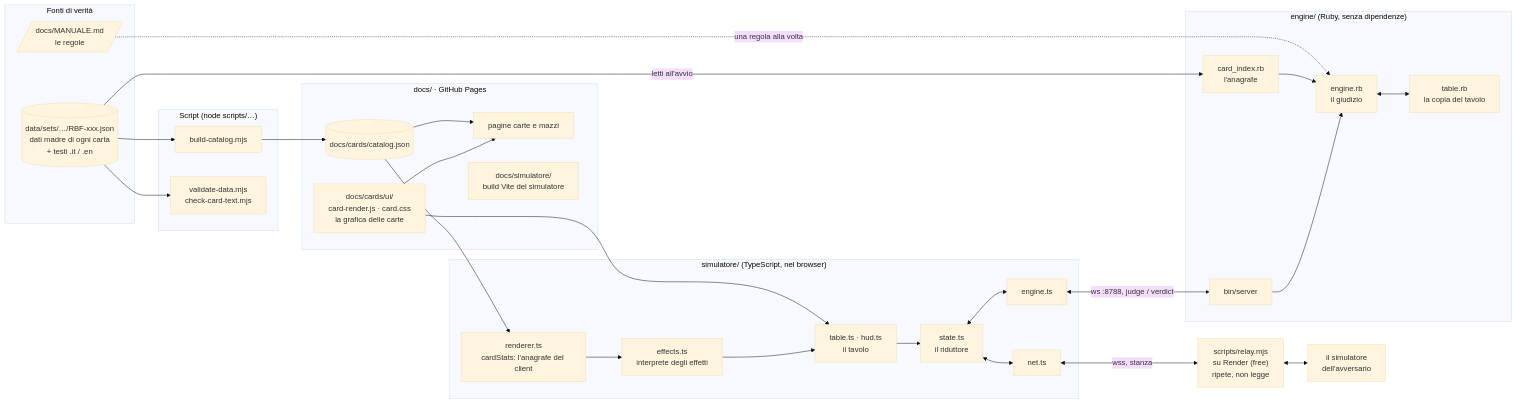
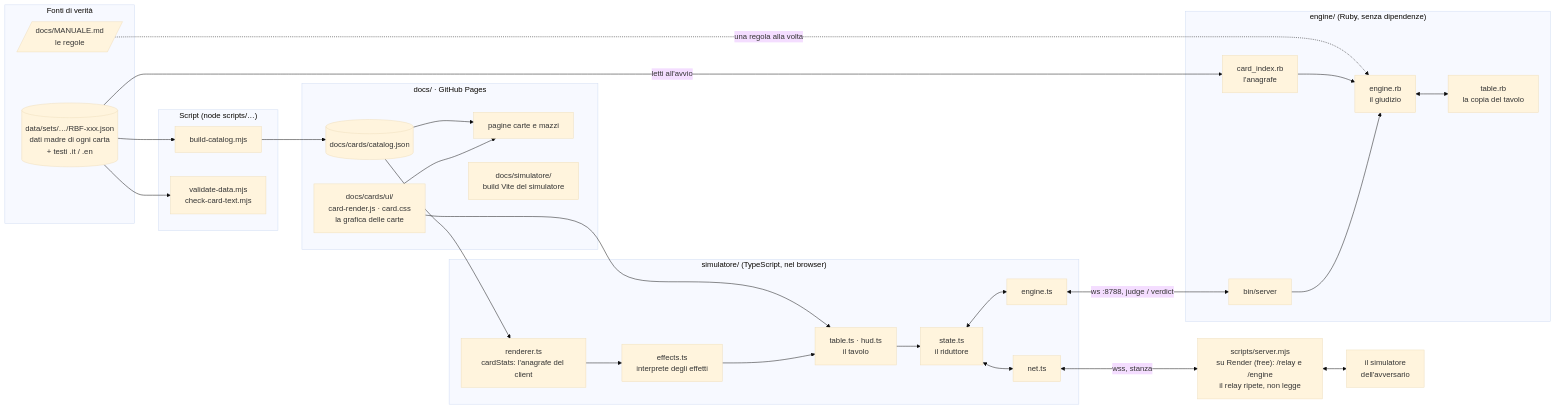
One commit to AlexPalaz/rubyfront-tcg changed the first of 3 diagrams in README.md. Above: the diagram before and after it, drawn with Mermaid (base theme). The commit also changed other lines of this file and 45 other files, not shown here.

First line of the commit message:
Infrastruttura professionale e free: il gioco alla radice, il catalogo su /catalog, Vercel + Render + CI

````diff
--- a/README.md
+++ b/README.md
@@ -11,54 +11,54 @@
 ```mermaid
 flowchart LR
   subgraph fonti["Fonti di verità"]
     MAN[/"docs/MANUALE.md<br/>le regole"/]
     DATA[("data/sets/…/RBF-xxx.json<br/>dati madre di ogni carta<br/>+ testi .it / .en")]
   end
 
   subgraph build["Script (node scripts/…)"]
     BC["build-catalog.mjs"]
     VAL["validate-data.mjs<br/>check-card-text.mjs"]
   end
 
   subgraph sito["docs/ · GitHub Pages"]
     CAT[("docs/cards/catalog.json")]
     UI["docs/cards/ui/<br/>card-render.js · card.css<br/>la grafica delle carte"]
     PAGES["pagine carte e mazzi"]
     SIM["docs/simulatore/<br/>build Vite del simulatore"]
   end
 
   subgraph client["simulatore/ (TypeScript, nel browser)"]
     ST["state.ts<br/>il riduttore"]
     TB["table.ts · hud.ts<br/>il tavolo"]
     EF["effects.ts<br/>interprete degli effetti"]
     RN["renderer.ts<br/>cardStats: l'anagrafe del client"]
     NET["net.ts"]
     EL["engine.ts"]
   end
 
   subgraph engine["engine/ (Ruby, senza dipendenze)"]
     CI["card_index.rb<br/>l'anagrafe"]
     EN["engine.rb<br/>il giudizio"]
     TR["table.rb<br/>la copia del tavolo"]
     WS["bin/server"]
   end
 
-  RELAY["scripts/relay.mjs<br/>su Render (free)<br/>ripete, non legge"]
+  RELAY["scripts/server.mjs<br/>su Render (free): /relay e /engine<br/>il relay ripete, non legge"]
   PEER["il simulatore<br/>dell'avversario"]
 
   MAN -. "una regola alla volta" .-> EN
   DATA --> BC --> CAT
   DATA --> VAL
   CAT --> PAGES
   UI --> PAGES
   CAT --> RN
   UI --> TB
   DATA -- "letti all'avvio" --> CI --> EN
   EN <--> TR
   RN --> EF --> TB
   TB --> ST
   ST <--> NET
   NET <-- "wss, stanza" --> RELAY <--> PEER
   ST <--> EL
   EL <-- "ws :8788, judge / verdict" --> WS --> EN
 ```
````
